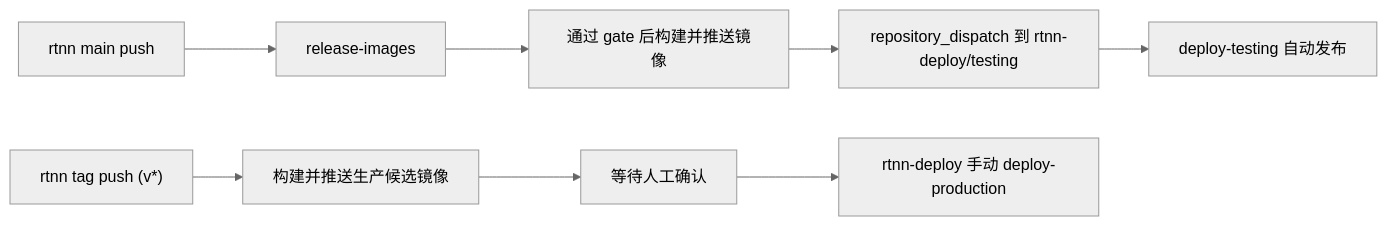
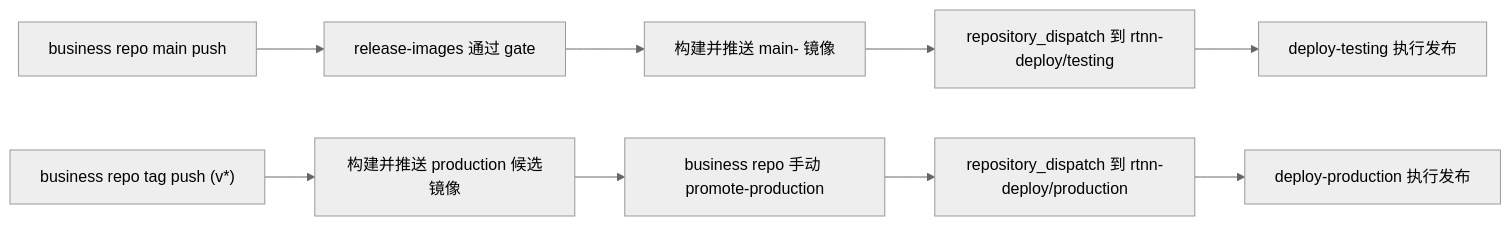
The diagram in docs/architecture/template-repository-topology.md (Hxgh/rtnn), drawn with Mermaid (neutral theme) before and after one commit. The commit also changed other lines of this file and 28 other files, not shown here.

Commit message:
refactor(template): scaffold business-source repository model

````diff
--- a/docs/architecture/template-repository-topology.md
+++ b/docs/architecture/template-repository-topology.md
@@ -56,10 +28,12 @@
 ```mermaid
 flowchart LR
-  A["rtnn main push"] --> B["release-images"]
-  B --> C["通过 gate 后构建并推送镜像"]
+  A["business repo main push"] --> B["release-images 通过 gate"]
+  B --> C["构建并推送 main-<sha12> 镜像"]
   C --> D["repository_dispatch 到 rtnn-deploy/testing"]
-  D --> E["deploy-testing 自动发布"]
-  F["rtnn tag push (v*)"] --> G["构建并推送生产候选镜像"]
-  G --> H["等待人工确认"]
-  H --> I["rtnn-deploy 手动 deploy-production"]
+  D --> E["deploy-testing 执行发布"]
+
+  F["business repo tag push (v*)"] --> G["构建并推送 production 候选镜像"]
+  G --> H["business repo 手动 promote-production"]
+  H --> I["repository_dispatch 到 rtnn-deploy/production"]
+  I --> J["deploy-production 执行发布"]
 ```
````
